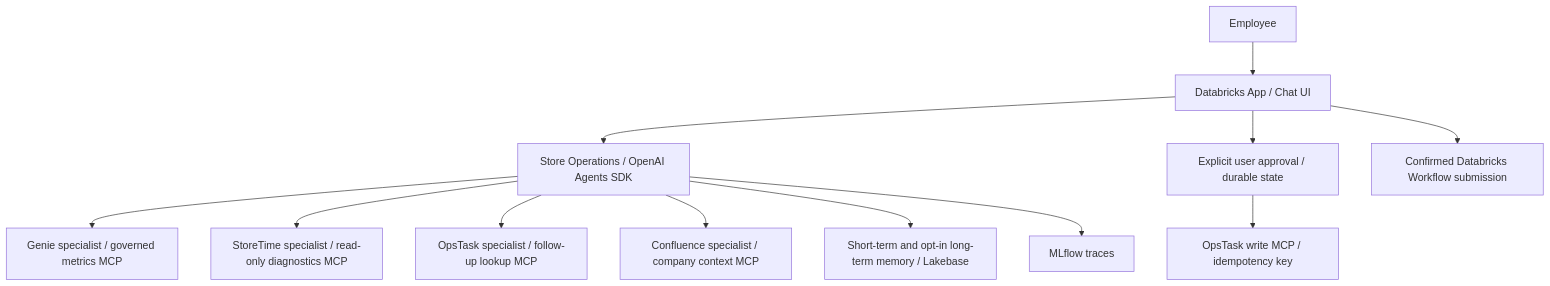
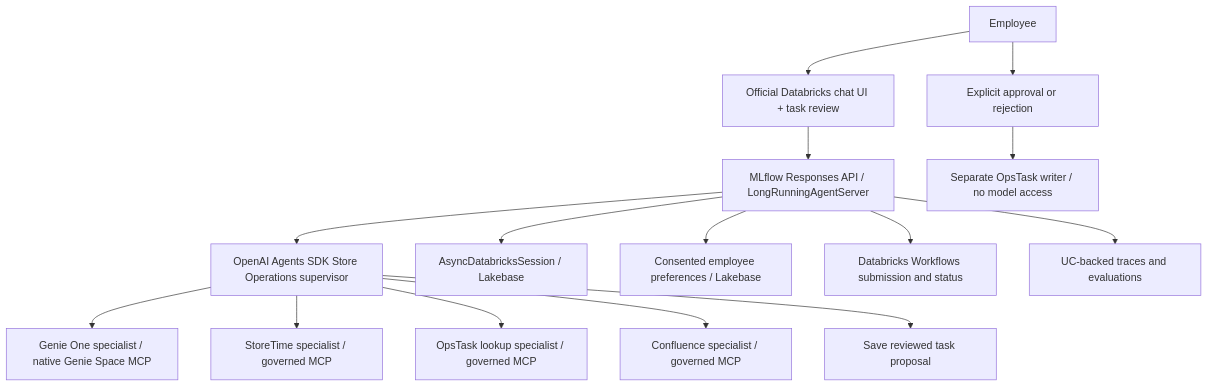
The diagram in README.md (NZDBR/openai-agents-sdk-multiagent-mcp), drawn with Mermaid before and after one commit. The commit also changed other lines of this file and 714 other files, not shown here.

Commit message:
Rework store operations agent using Databricks agent templates and MCP architecture

````diff
--- a/README.md
+++ b/README.md
@@ -20,14 +9,17 @@
 ```mermaid
 flowchart TD
-    Employee --> Chat[Databricks App / Chat UI]
-    Chat --> Agent[Store Operations / OpenAI Agents SDK]
-    Agent --> Genie[Genie specialist / governed metrics MCP]
-    Agent --> Time[StoreTime specialist / read-only diagnostics MCP]
-    Agent --> Tasks[OpsTask specialist / follow-up lookup MCP]
-    Agent --> Context[Confluence specialist / company context MCP]
-    Chat --> Approval[Explicit user approval / durable state]
-    Approval --> Writer[OpsTask write MCP / idempotency key]
-    Agent --> Memory[Short-term and opt-in long-term memory / Lakebase]
-    Chat --> Jobs[Confirmed Databricks Workflow submission]
-    Agent --> Traces[MLflow traces]
+    Employee --> UI[Official Databricks chat UI + task review]
+    UI --> Runtime[MLflow Responses API / LongRunningAgentServer]
+    Runtime --> Supervisor[OpenAI Agents SDK Store Operations supervisor]
+    Supervisor --> Genie[Genie One specialist / native Genie Space MCP]
+    Supervisor --> Time[StoreTime specialist / governed MCP]
+    Supervisor --> Lookup[OpsTask lookup specialist / governed MCP]
+    Supervisor --> Context[Confluence specialist / governed MCP]
+    Supervisor --> Proposal[Save reviewed task proposal]
+    Employee --> Decision[Explicit approval or rejection]
+    Decision --> Writer[Separate OpsTask writer / no model access]
+    Runtime --> Session[AsyncDatabricksSession / Lakebase]
+    Runtime --> LongTerm[Consented employee preferences / Lakebase]
+    Runtime --> Jobs[Databricks Workflows submission and status]
+    Runtime --> MLflow[UC-backed traces and evaluations]
 ```
````
